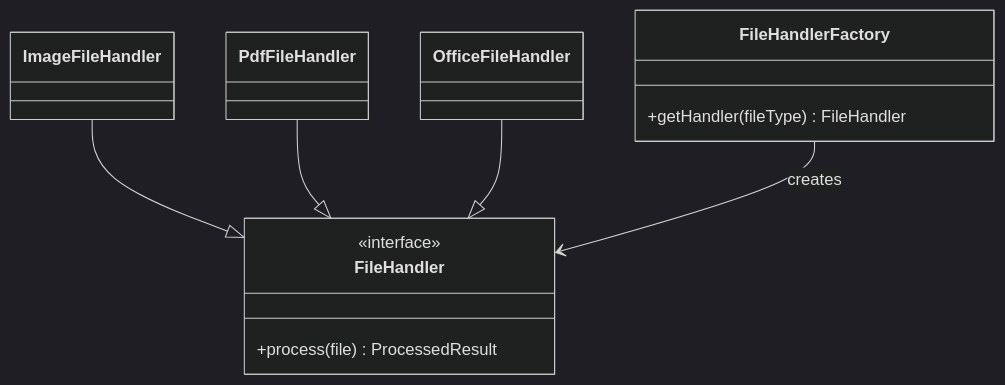
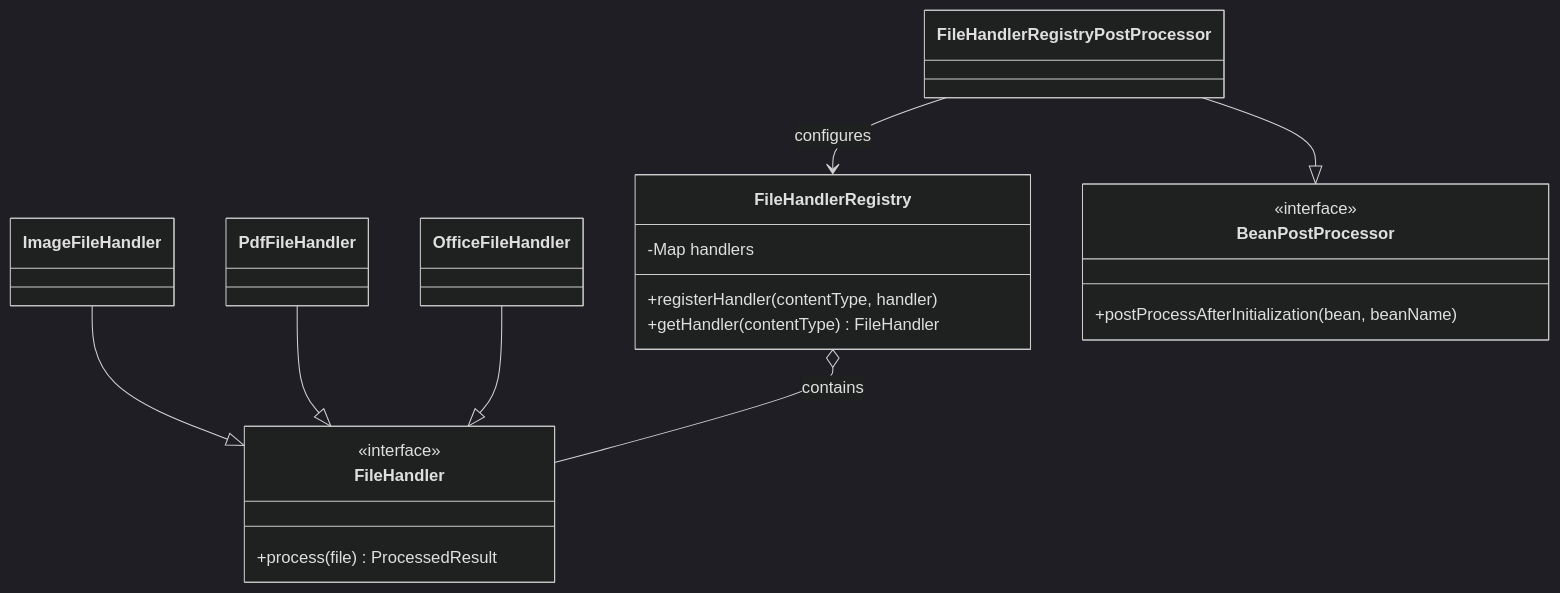
Before and after one commit to fcircle-biz/ses_mgr: the second of 4 diagrams in docs/03_詳細設計/02_モジュール/01_共通機能/05_ファイル管理機能/01_概要.md, drawn with Mermaid (dark theme). The commit also changed other lines of this file and 4 other files, not shown here.

````diff
--- a/docs/03_詳細設計/02_モジュール/01_共通機能/05_ファイル管理機能/01_概要.md
+++ b/docs/03_詳細設計/02_モジュール/01_共通機能/05_ファイル管理機能/01_概要.md
@@ -124,17 +132,27 @@
 ```mermaid
 classDiagram
-    class FileHandlerFactory {
-        +getHandler(fileType) FileHandler
-    }
-    
     class FileHandler {
         <<interface>>
         +process(file) ProcessedResult
     }
     
     ImageFileHandler --|> FileHandler
     PdfFileHandler --|> FileHandler
     OfficeFileHandler --|> FileHandler
     
-    FileHandlerFactory --> FileHandler : creates
+    class FileHandlerRegistry {
+        -Map<String, FileHandler> handlers
+        +registerHandler(contentType, handler)
+        +getHandler(contentType) FileHandler
+    }
+    
+    FileHandlerRegistry o-- FileHandler : contains
+    
+    class BeanPostProcessor {
+        <<interface>>
+        +postProcessAfterInitialization(bean, beanName)
+    }
+    
+    FileHandlerRegistryPostProcessor --|> BeanPostProcessor
+    FileHandlerRegistryPostProcessor --> FileHandlerRegistry : configures
 ```
````
